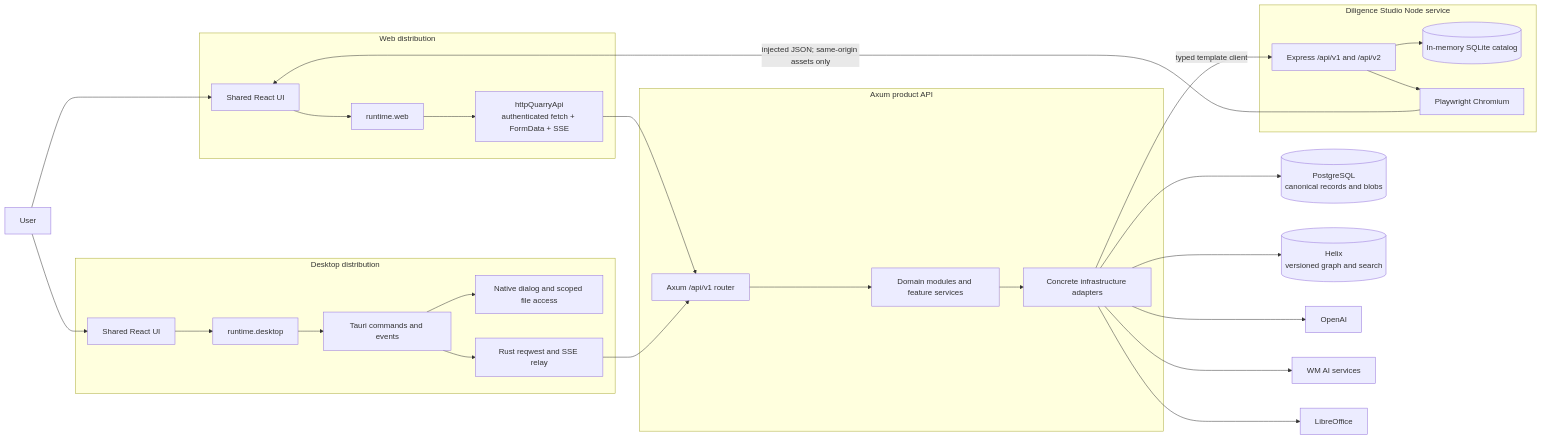
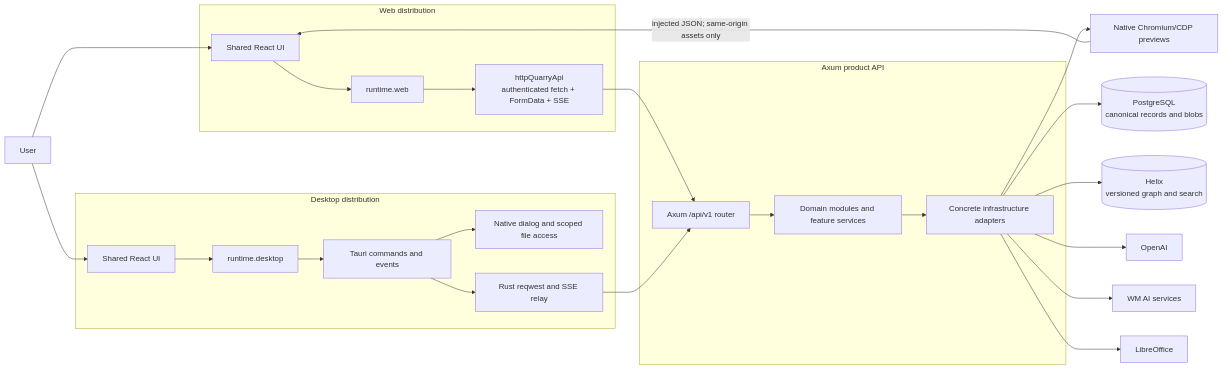
Before and after one commit to ratik-gambhir-WM/Quarry: the first of 3 diagrams in docs/ARCHITECTURE.md, drawn with Mermaid. The commit also changed other lines of this file and 56 other files, not shown here.

````diff
--- a/docs/ARCHITECTURE.md
+++ b/docs/ARCHITECTURE.md
@@ -90,55 +87,49 @@
 ```mermaid
 flowchart LR
     User[User]
 
     subgraph Browser[Web distribution]
         WebUI[Shared React UI]
         WebRuntime[runtime.web]
         HttpApi[httpQuarryApi\nauthenticated fetch + FormData + SSE]
         WebUI --> WebRuntime --> HttpApi
     end
 
     subgraph Desktop[Desktop distribution]
         DesktopUI[Shared React UI]
         DesktopRuntime[runtime.desktop]
         Tauri[Tauri commands and events]
         Native[Native dialog and scoped file access]
         Relay[Rust reqwest and SSE relay]
         DesktopUI --> DesktopRuntime --> Tauri
         Tauri --> Native
         Tauri --> Relay
     end
 
     subgraph Server[Axum product API]
         Router[Axum /api/v1 router]
         Domains[Domain modules and feature services]
         Adapters[Concrete infrastructure adapters]
         Router --> Domains --> Adapters
     end
 
-    subgraph Studio[Diligence Studio Node service]
-        StudioApi[Express /api/v1 and /api/v2]
-        StudioCatalog[(In-memory SQLite catalog)]
-        PreviewRunner[Playwright Chromium]
-        StudioApi --> StudioCatalog
-        StudioApi --> PreviewRunner
-    end
+    PreviewRunner[Native Chromium/CDP previews]
 
     PostgreSQL[(PostgreSQL\ncanonical records and blobs)]
     Helix[(Helix\nversioned graph and search)]
     OpenAI[OpenAI]
     WmAi[WM AI services]
     Office[LibreOffice]
 
     User --> WebUI
     User --> DesktopUI
     HttpApi --> Router
     Relay --> Router
-    Adapters -->|typed template client| StudioApi
+    Adapters --> PreviewRunner
     PreviewRunner -->|injected JSON; same-origin assets only| WebUI
     Adapters --> PostgreSQL
     Adapters --> Helix
     Adapters --> OpenAI
     Adapters --> WmAi
     Adapters --> Office
 ```
````
